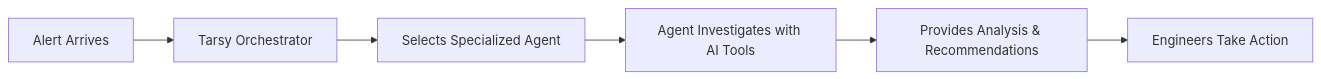
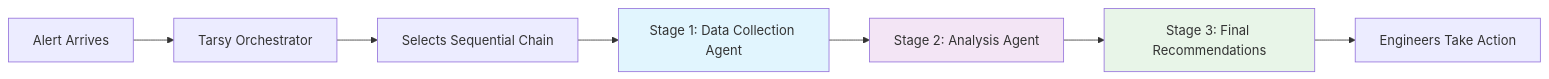
Before and after one commit to rsoaresd/tarsy-bot: the first of 4 diagrams in docs/architecture-overview.md, drawn with Mermaid. The commit also changed other lines of this file and 110 other files, not shown here.

Commit message:
EP-0008 (Phase 1): Sequential Agent Chains  (#23)

````diff
--- a/docs/architecture-overview.md
+++ b/docs/architecture-overview.md
@@ -11,8 +11,13 @@
 ```mermaid
 graph LR
     A[Alert Arrives] --> B[Tarsy Orchestrator]
-    B --> C[Selects Specialized Agent]
-    C --> D[Agent Investigates with AI Tools]
-    D --> E[Provides Analysis & Recommendations]
-    E --> F[Engineers Take Action]
+    B --> C[Selects Sequential Chain]
+    C --> D[Stage 1: Data Collection Agent]
+    D --> E[Stage 2: Analysis Agent]
+    E --> F[Stage 3: Final Recommendations]
+    F --> G[Engineers Take Action]
+    
+    style D fill:#e1f5fe
+    style E fill:#f3e5f5
+    style F fill:#e8f5e8
 ```
````
